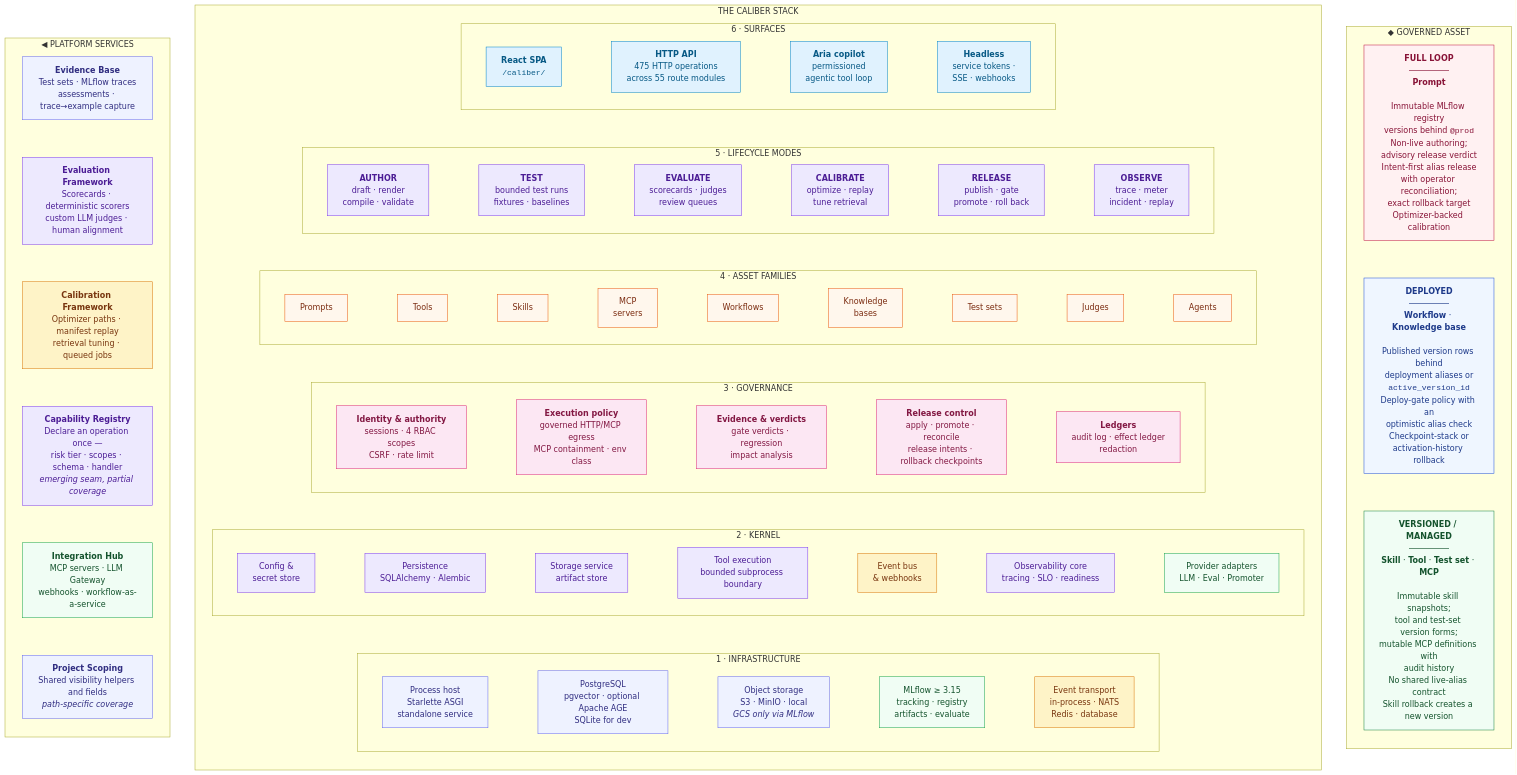
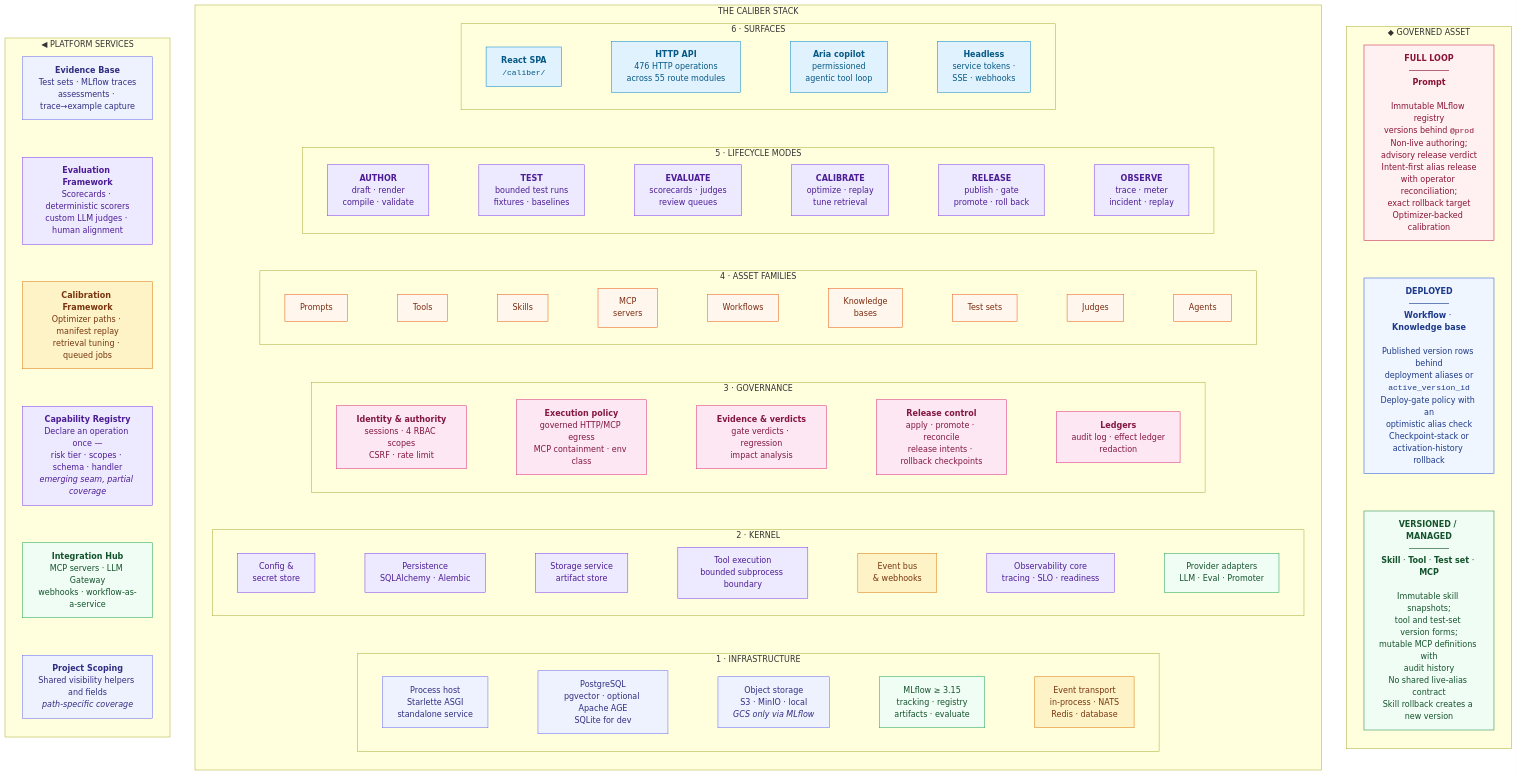
The first of 8 diagrams in ARCHITECTURE.md (rrahimi-uci/caliber-suite), drawn with Mermaid before and after one commit. The commit also changed 33 other files, not shown here.

```diff
--- a/ARCHITECTURE.md
+++ b/ARCHITECTURE.md
@@ -105,7 +105,7 @@
     subgraph L6["6 · SURFACES"]
       direction LR
       s1["<b>React SPA</b><br/><code>/caliber/</code>"]:::ui
-      s2["<b>HTTP API</b><br/>475 HTTP operations<br/>across 55 route modules"]:::ui
+      s2["<b>HTTP API</b><br/>476 HTTP operations<br/>across 55 route modules"]:::ui
       s3["<b>Aria copilot</b><br/>permissioned<br/>agentic tool loop"]:::ui
       s4["<b>Headless</b><br/>service tokens ·<br/>SSE · webhooks"]:::ui
       s1 --- s2 --- s3 --- s4
```
